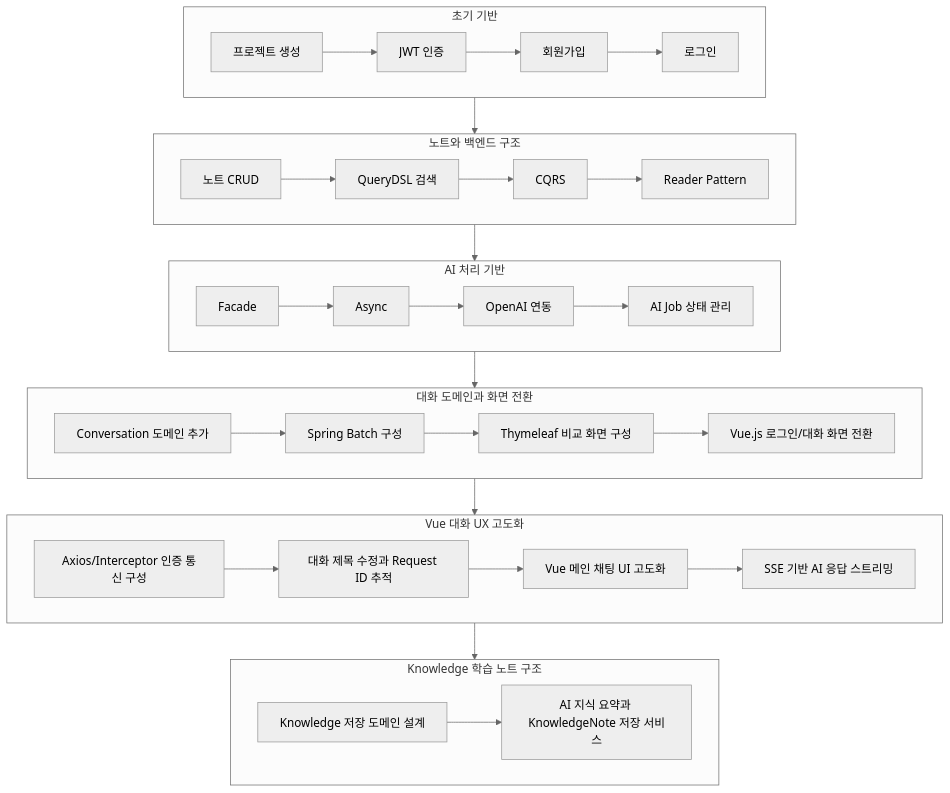
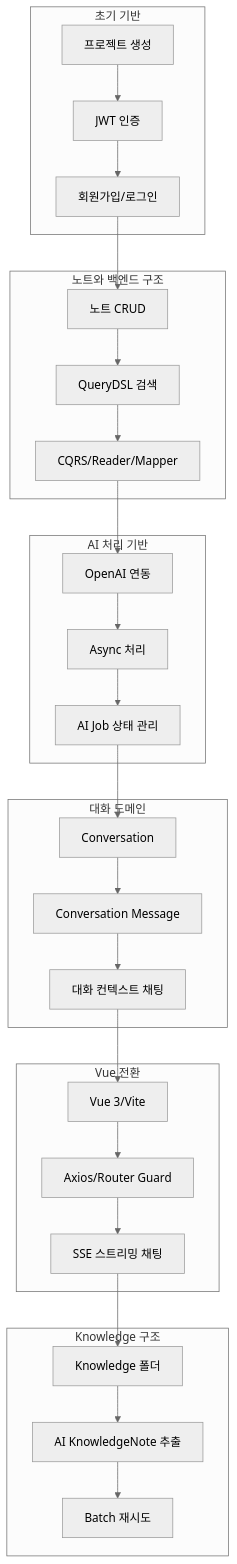
One commit to keunoh/feldbuch changed the first of 5 diagrams in docs/FELDBUCH_DEVELOPMENT_DOCUMENTATION.md. Above: the diagram before and after it, drawn with Mermaid (neutral theme). The commit also changed other lines of this file and 1 other file, not shown here.

````diff
--- a/docs/FELDBUCH_DEVELOPMENT_DOCUMENTATION.md
+++ b/docs/FELDBUCH_DEVELOPMENT_DOCUMENTATION.md
@@ -168,38 +42,32 @@
 ```mermaid
 flowchart TD
     subgraph Phase1["초기 기반"]
-        direction LR
-        A[프로젝트 생성] --> B[JWT 인증] --> C[회원가입] --> D[로그인]
+        A[프로젝트 생성] --> B[JWT 인증] --> C[회원가입/로그인]
     end
 
     subgraph Phase2["노트와 백엔드 구조"]
-        direction LR
-        E[노트 CRUD] --> F[QueryDSL 검색] --> G[CQRS] --> H[Reader Pattern]
+        D[노트 CRUD] --> E[QueryDSL 검색] --> F[CQRS/Reader/Mapper]
     end
 
     subgraph Phase3["AI 처리 기반"]
-        direction LR
-        I[Facade] --> J[Async] --> K[OpenAI 연동] --> L[AI Job 상태 관리]
+        G[OpenAI 연동] --> H[Async 처리] --> I[AI Job 상태 관리]
     end
 
-    subgraph Phase4["대화 도메인과 화면 전환"]
-        direction LR
-        M[Conversation 도메인 추가] --> N[Spring Batch 구성] --> O[Thymeleaf 비교 화면 구성] --> P[Vue.js 로그인/대화 화면 전환]
+    subgraph Phase4["대화 도메인"]
+        J[Conversation] --> K[Conversation Message] --> L[대화 컨텍스트 채팅]
     end
 
-    subgraph Phase5["Vue 대화 UX 고도화"]
-        direction LR
-        Q[Axios/Interceptor 인증 통신 구성] --> R[대화 제목 수정과 Request ID 추적] --> S[Vue 메인 채팅 UI 고도화] --> T[SSE 기반 AI 응답 스트리밍]
+    subgraph Phase5["Vue 전환"]
+        M[Vue 3/Vite] --> N[Axios/Router Guard] --> O[SSE 스트리밍 채팅]
     end
 
-    subgraph Phase6["Knowledge 학습 노트 구조"]
-        direction LR
-        U[Knowledge 저장 도메인 설계] --> V[AI 지식 요약과 KnowledgeNote 저장 서비스]
+    subgraph Phase6["Knowledge 구조"]
+        P[Knowledge 폴더] --> Q[AI KnowledgeNote 추출] --> R[Batch 재시도]
     end
 
-    D --> E
-    H --> I
+    C --> D
+    F --> G
+    I --> J
     L --> M
-    P --> Q
-    T --> U
+    O --> P
 ```
````
